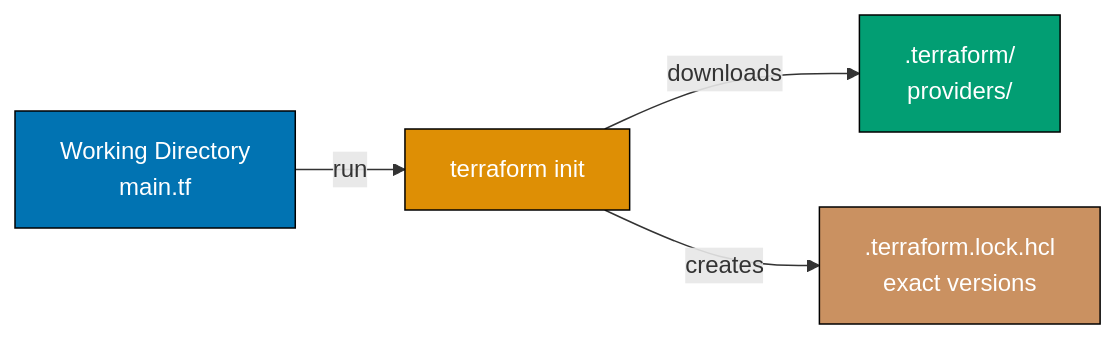
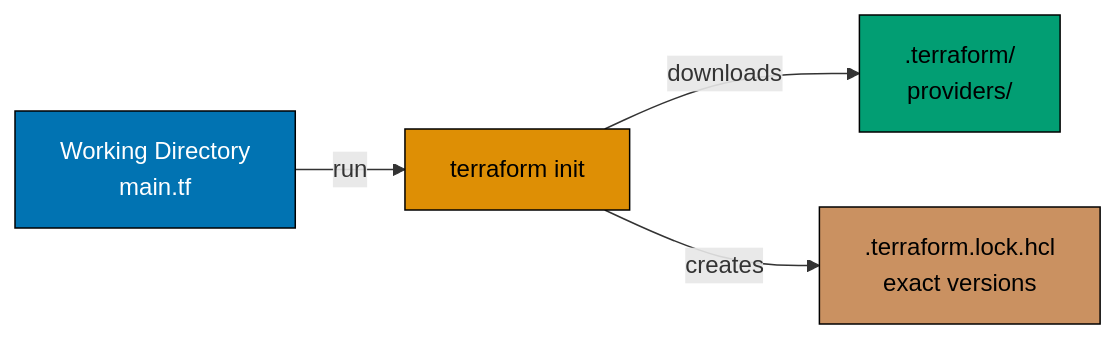
Before and after one commit to wahidyankf/ose-public: the second of 9 diagrams in apps/ayokoding-www/content/en/learn/legacy/software-engineering/infrastructure/infrastructure-as-code/by-example/beginner.md, drawn with Mermaid. The commit also changed other lines of this file and 131 other files, not shown here.

First line of the commit message:
fix(mermaid): bring the legacy data, infrastructure, and testing diagrams onto the accessible palette

````diff
--- a/apps/ayokoding-www/content/en/learn/legacy/software-engineering/infrastructure/infrastructure-as-code/by-example/beginner.md
+++ b/apps/ayokoding-www/content/en/learn/legacy/software-engineering/infrastructure/infrastructure-as-code/by-example/beginner.md
@@ -180,16 +187,23 @@
 ```mermaid
 graph LR
+    accTitle: Example 5: Terraform Init and the Lock File
+    accDescr: Graph with 4 nodes and 3 connections. Nodes: Working Directory main.tf, terraform init, .terraform/ providers/, .terraform.lock.hcl exact versions. Connections: Working Directory main.tf to terraform init (run), terraform init to .terraform/ providers/ (downloads), terraform init to .terraform.lock.hcl exact versions (creates).
     A["Working Directory<br/>main.tf"]
     B["terraform init"]
     C[".terraform/<br/>providers/"]
     D[".terraform.lock.hcl<br/>exact versions"]
 
     A -->|run| B
     B -->|downloads| C
     B -->|creates| D
 
-    style A fill:#0173B2,stroke:#000,color:#fff
-    style B fill:#DE8F05,stroke:#000,color:#fff
-    style C fill:#029E73,stroke:#000,color:#fff
-    style D fill:#CA9161,stroke:#000,color:#fff
+    classDef pal-0173B2 fill:#0173B2,stroke:#000000,color:#FFFFFF
+    class A pal-0173B2
+    classDef pal-DE8F05 fill:#DE8F05,stroke:#000000,color:#000000
+    class B pal-DE8F05
+    classDef pal-029E73 fill:#029E73,stroke:#000000,color:#000000
+    class C pal-029E73
+    classDef pal-CA9161 fill:#CA9161,stroke:#000000,color:#000000
+    class D pal-CA9161
+    classDef default fill:#FFFFFF,stroke:#000000,color:#000000
 ```
````
